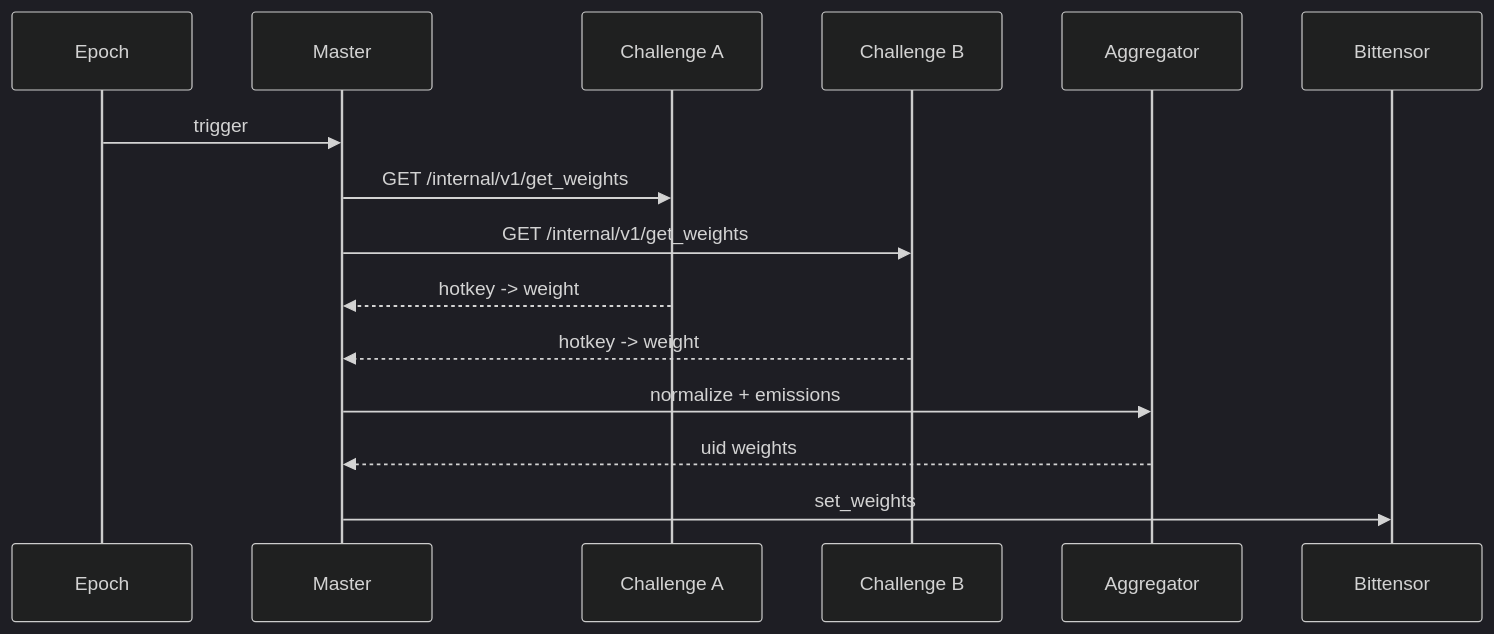
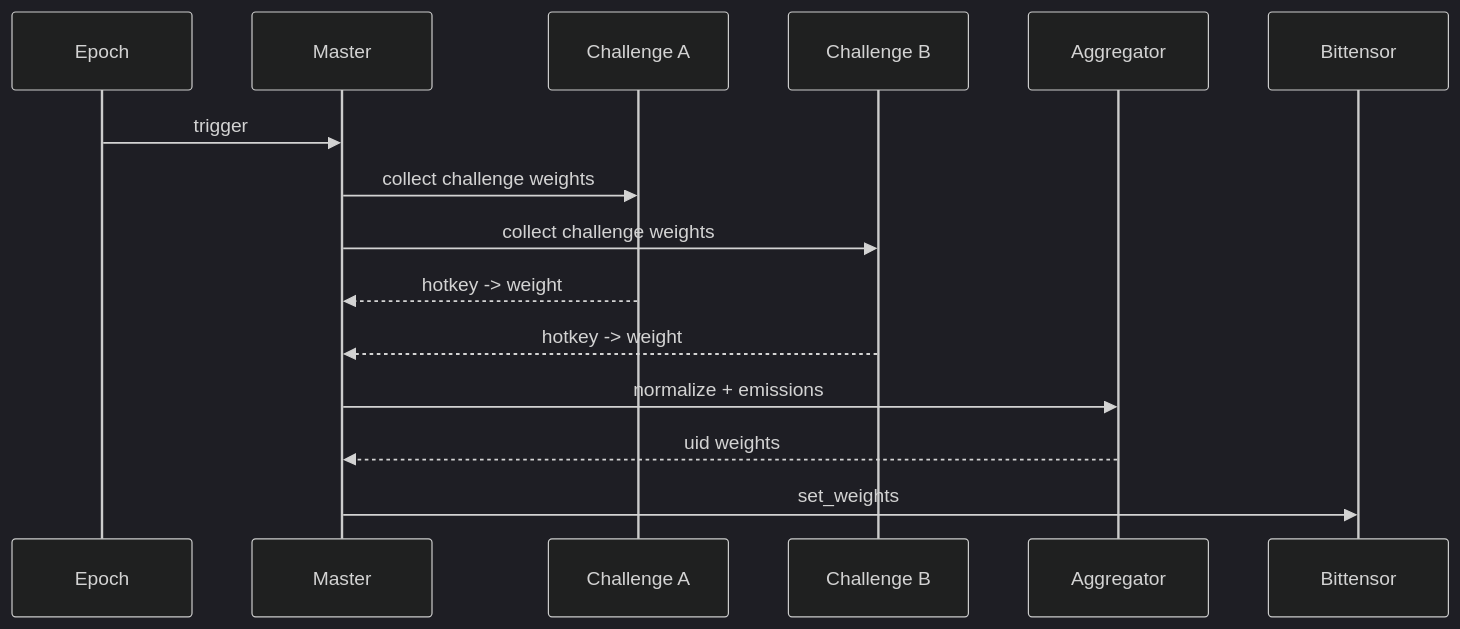
The second of 2 diagrams in README.md (PlatformNetwork/platform), drawn with Mermaid (dark theme) before and after one commit. The commit also changed other lines of this file and 2 other files, not shown here.

````diff
--- a/README.md
+++ b/README.md
@@ -76,18 +80,18 @@
 ```mermaid
 sequenceDiagram
     participant E as Epoch
     participant M as Master
     participant A as Challenge A
     participant B as Challenge B
     participant G as Aggregator
     participant BT as Bittensor
 
     E->>M: trigger
-    M->>A: GET /internal/v1/get_weights
-    M->>B: GET /internal/v1/get_weights
+    M->>A: collect challenge weights
+    M->>B: collect challenge weights
     A-->>M: hotkey -> weight
     B-->>M: hotkey -> weight
     M->>G: normalize + emissions
     G-->>M: uid weights
     M->>BT: set_weights
 ```
````
